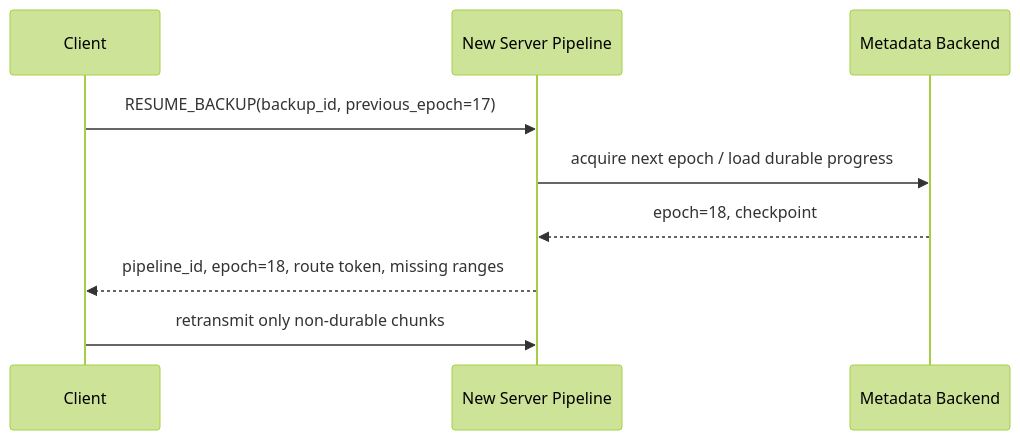
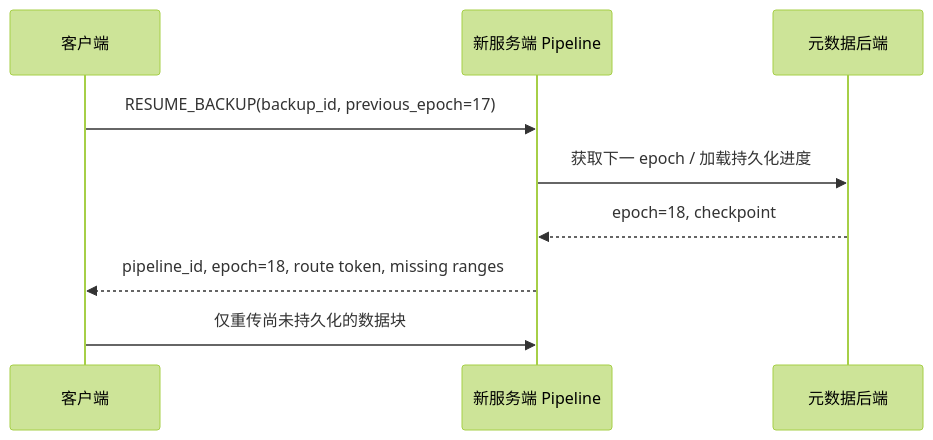
Before and after one commit to MyBlackHole/c-trpc: the diagram in docs/architecture/05-durability-recovery.md, drawn with Mermaid (forest theme). The commit also changed other lines of this file, not shown here.

````diff
--- a/docs/architecture/05-durability-recovery.md
+++ b/docs/architecture/05-durability-recovery.md
@@ -82,12 +80,12 @@
 ```mermaid
 sequenceDiagram
-    participant C as Client
-    participant S as New Server Pipeline
-    participant M as Metadata Backend
+    participant C as 客户端
+    participant S as 新服务端 Pipeline
+    participant M as 元数据后端
 
     C->>S: RESUME_BACKUP(backup_id, previous_epoch=17)
-    S->>M: acquire next epoch / load durable progress
+    S->>M: 获取下一 epoch / 加载持久化进度
     M-->>S: epoch=18, checkpoint
     S-->>C: pipeline_id, epoch=18, route token, missing ranges
-    C->>S: retransmit only non-durable chunks
+    C->>S: 仅重传尚未持久化的数据块
 ```
````
